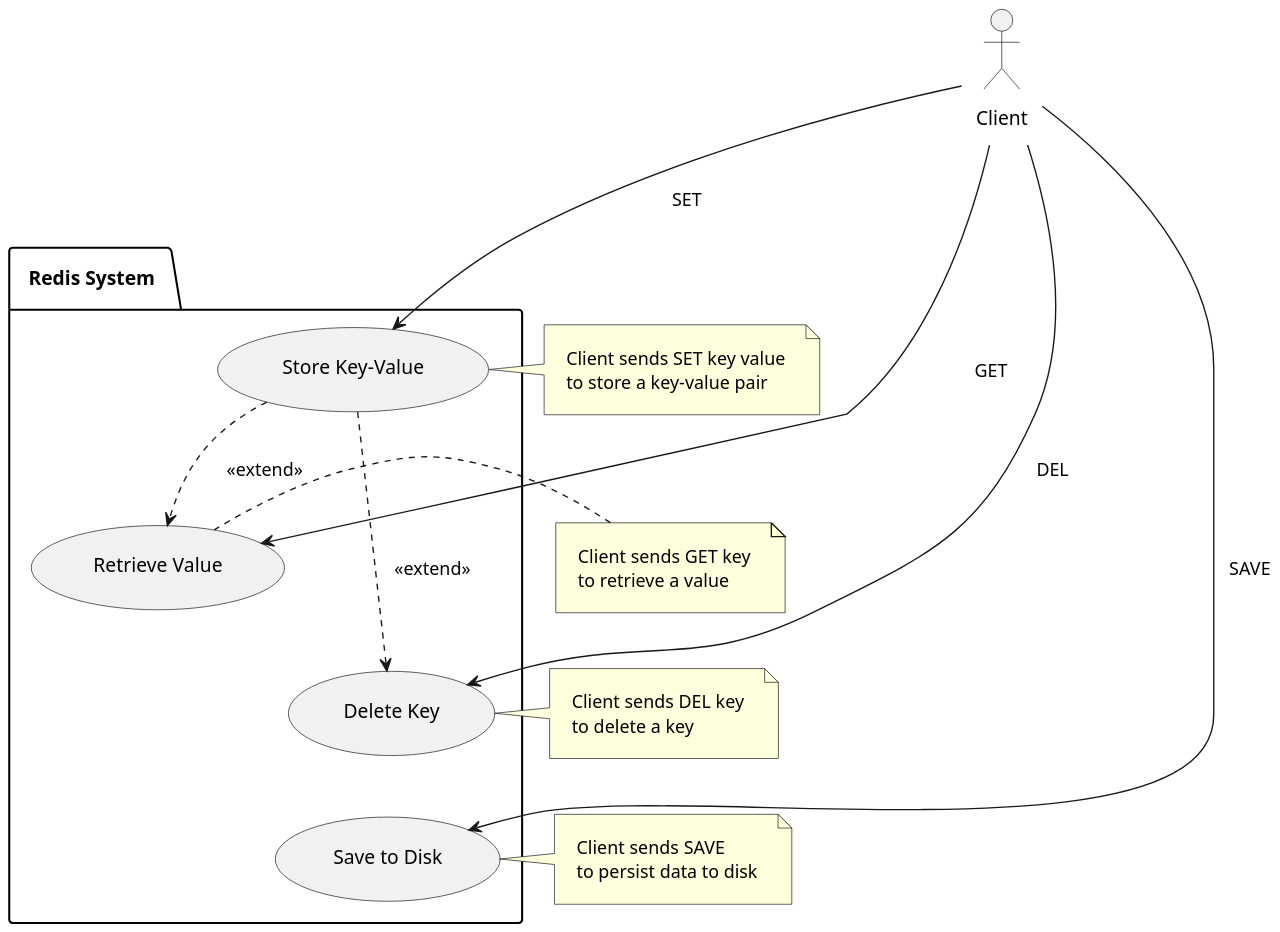
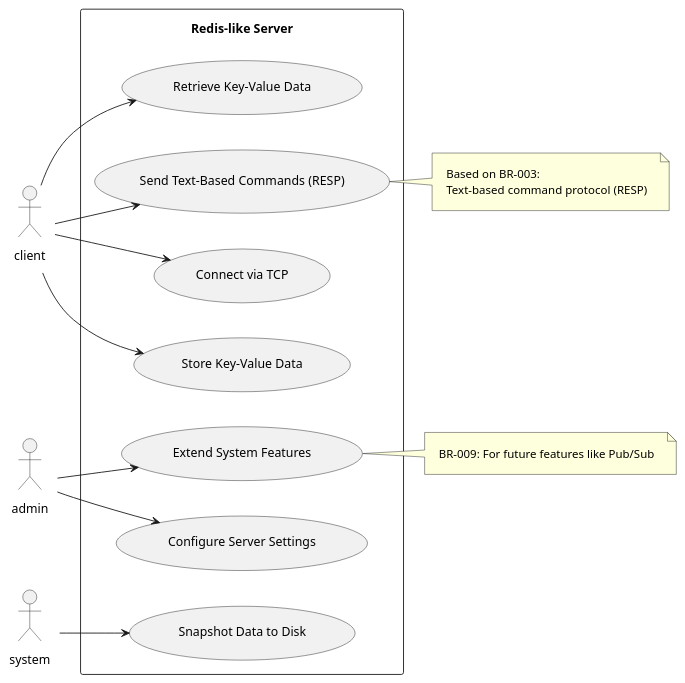
Before and after one commit to sleepyviper1213/redis: the diagram in docs/analysis/diagrams/use_case.puml, drawn with PlantUML.

Commit message:
[docs] Update general use case diagram Refs: #2

```diff
--- a/docs/analysis/diagrams/use_case.puml
+++ b/docs/analysis/diagrams/use_case.puml
@@ -1,44 +1,43 @@
 @startuml
-' Adjust spacing parameters
-skinparam dpi 150
+left to right direction
+'skinparam dpi 150
 skinparam Padding 10
 skinparam Margin 10
 skinparam Nodesep 40
 skinparam Ranksep 40
+' Define use cases
+rectangle "Redis-like Server" {
+  usecase "Store Key-Value Data" as UC1
+  usecase "Retrieve Key-Value Data" as UC2
+  usecase "Send Text-Based Commands (RESP)" as UC4
+  usecase "Connect via TCP" as UC5
+  usecase "Snapshot Data to Disk" as UC6
+  usecase "Configure Server Settings" as UC7
+  usecase "Extend System Features" as UC9
+}
+' Client interactions
+client --> UC1
+client --> UC2
+client --> UC4
+client --> UC5
 
-actor Client
+' Admin interactions
+admin --> UC7
+admin --> UC9
 
-package "Redis System" {
-  Client --> (Store Key-Value) : SET
-  (Store Key-Value) -[hidden]-> (Retrieve Value)
-  Client --> (Retrieve Value) : GET
-  (Retrieve Value) -[hidden]-> (Delete Key)
-  Client --> (Delete Key) : DEL
-  (Delete Key) -[hidden]-> (Save to Disk)
-  Client --> (Save to Disk) : SAVE
+' System on the right
+system --> UC6
 
-  (Store Key-Value) .> (Retrieve Value) : <<extend>>
-  (Store Key-Value) .> (Delete Key) : <<extend>>
-}
 
-note left of (Store Key-Value)
-  Client sends SET key value
-  to store a key-value pair
+
+note right of UC4
+  Based on BR-003:
+  Text-based command protocol (RESP)
 end note
 
-note left of (Retrieve Value)
-  Client sends GET key
-  to retrieve a value
-end note
 
-note left of (Delete Key)
-  Client sends DEL key
-  to delete a key
-end note
-
-note left of (Save to Disk)
-  Client sends SAVE
-  to persist data to disk
+note right of UC9
+  BR-009: For future features like Pub/Sub
 end note
 
 @enduml
```
